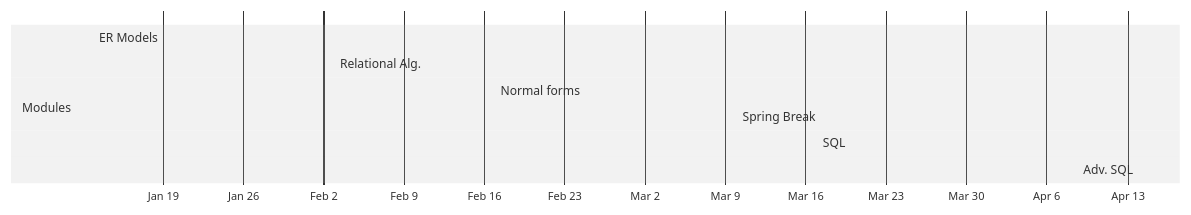
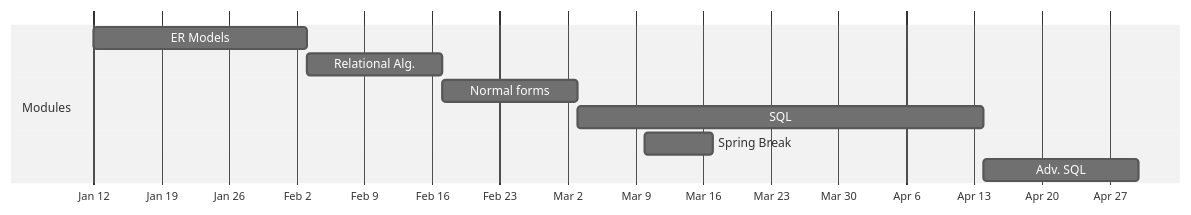
Before and after one commit to lowkeylabs/cmsc408-course-admin: the diagram in sp2025/gantts/week-mermaid.mmd, drawn with Mermaid (neutral theme). The commit also changed 2 other files, not shown here.

Commit message:
clean module gantt

```diff
--- a/sp2025/gantts/week-mermaid.mmd
+++ b/sp2025/gantts/week-mermaid.mmd
@@ -1,13 +1,12 @@
 gantt
-    dateFormat YYYY-M-DD
+    dateFormat YYYY-MM-DD
     axisFormat %b %e
     todayMarker stroke-width:7px,stroke:#FFB300,opacity:0.5
 
     section Modules
-
-    ER Models : m0, 2025-01-13, 2025-02-02
-    Relational Alg. : m1, 2025-02-03, 2025-02-16
-    Normal forms : m2, 2025-02-17, 2025-03-09
-    Spring Break : m3, 2025-03-10, 2025-03-16
-    SQL : m4, 2025-03-17, 2025-04-13
-    Adv. SQL : m5, 2025-04-14, 2025-05-11
+    ER Models : m0, 2025-01-12, 2025-02-03
+    Relational Alg. : m1, 2025-02-03, 2025-02-17
+    Normal forms : m2, 2025-02-17, 2025-03-03
+    SQL : m3, 2025-03-03, 2025-04-14
+    Spring Break : m4, 2025-03-10, 2025-03-17
+    Adv. SQL : m5, 2025-04-14, 2025-04-30
```
